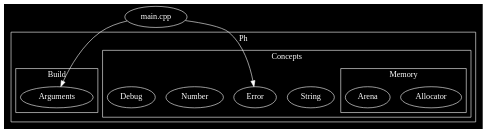
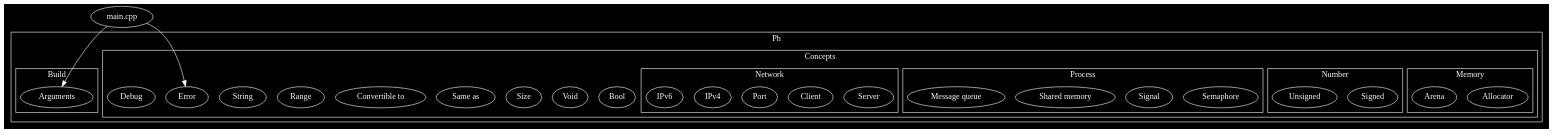
One commit to phiwen96/ph changed the first of 9 diagrams in README.md. Above: the diagram before and after it, drawn with Graphviz.

```diff
--- a/README.md
+++ b/README.md
@@ -49,16 +49,58 @@
 		{
 			label = "Concepts"
 
+			"Bool"
+			"Void"
+			"Size"
+			
+			"Server"
+			
+			"Same as"
+			"Convertible to"
+			"Range"
+			
+
+
 			"String";
 			"Error";
-			"Number";
+			
 			"Debug";
+
+			
 
 			subgraph cluster000
 			{
 				label = "Memory"
 				"Allocator"
 				"Arena"
+			}
+
+			subgraph cluster001 
+			{
+				label = "Number"
+				"Signed"
+				"Unsigned"
+			}
+
+			subgraph cluster002
+			{
+				label = "Process"
+
+				"Semaphore"
+				"Signal"
+				"Shared memory"
+				"Message queue"
+			}
+
+			subgraph cluster003
+			{
+				label = "Network"
+
+				"Server"
+				"Client"
+				"Port"
+				"IPv4"
+				"IPv6"
 			}
 		}
 
```
